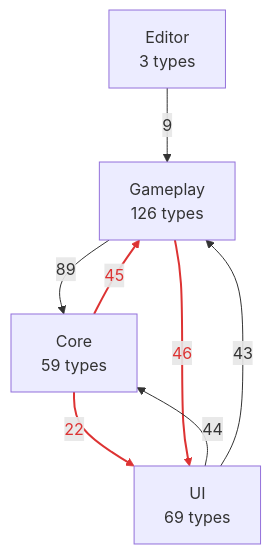
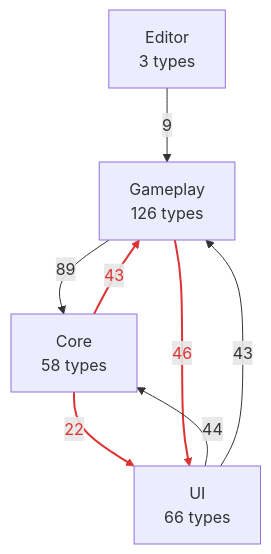
Before and after one commit to PhumipatWave/project-ocean: the first of 2 diagrams in docs/uml/00-overview.md, drawn with Mermaid. The commit also changed other lines of this file and 402 other files, not shown here.

````diff
--- a/docs/uml/00-overview.md
+++ b/docs/uml/00-overview.md
@@ -11,15 +11,15 @@
 ```mermaid
 flowchart TB
   Editor["Editor<br/>3 types"]
-  UI["UI<br/>69 types"]
+  UI["UI<br/>66 types"]
   Gameplay["Gameplay<br/>126 types"]
-  Core["Core<br/>59 types"]
-  Core -->|45| Gameplay
+  Core["Core<br/>58 types"]
+  Core -->|43| Gameplay
   Core -->|22| UI
   Editor -->|9| Gameplay
   Gameplay -->|89| Core
   Gameplay -->|46| UI
   UI -->|44| Core
   UI -->|43| Gameplay
   linkStyle 0,1,4 stroke:#d33,stroke-width:2px,color:#d33
 ```
````
